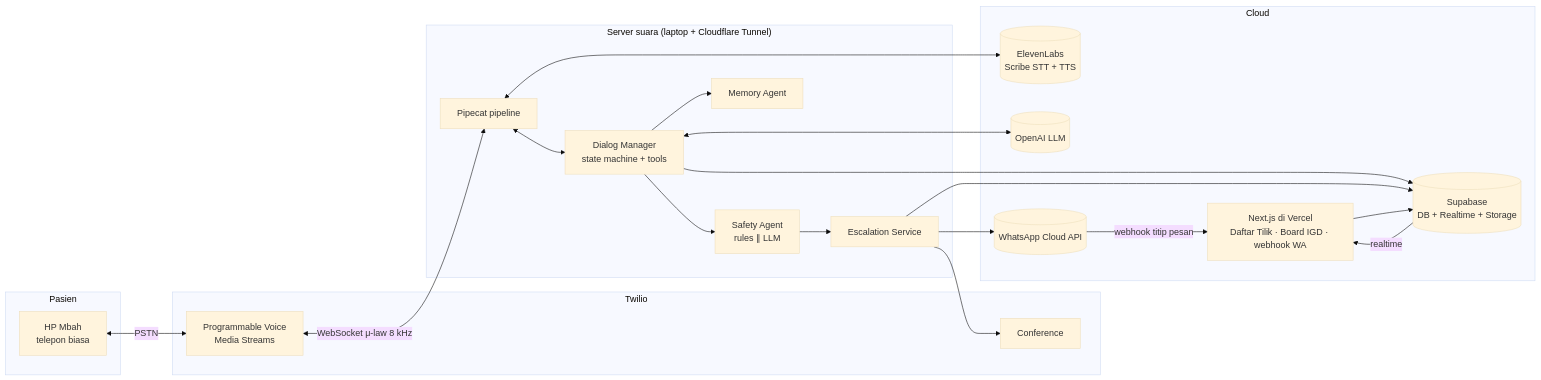
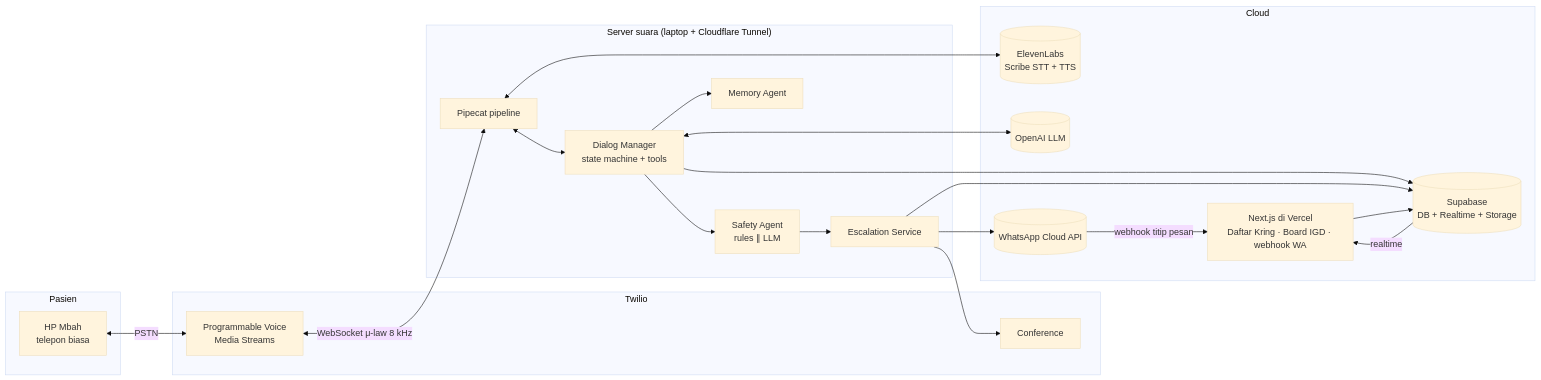
Before and after one commit to raphaeladikara/Joints-UGM_IRIS-Heisenberg: the first of 4 diagrams in docs/stage-0/03_ARSITEKTUR_TEKNIS.md, drawn with Mermaid (base theme). The commit also changed other lines of this file and 29 other files, not shown here.

````diff
--- a/docs/stage-0/03_ARSITEKTUR_TEKNIS.md
+++ b/docs/stage-0/03_ARSITEKTUR_TEKNIS.md
@@ -31,38 +63,38 @@
 ```mermaid
 flowchart LR
   subgraph Pasien
     HP[HP Mbah<br/>telepon biasa]
   end
   subgraph Twilio
     TV[Programmable Voice<br/>Media Streams]
     TC[Conference]
   end
   subgraph Laptop["Server suara (laptop + Cloudflare Tunnel)"]
     PC[Pipecat pipeline]
     DM[Dialog Manager<br/>state machine + tools]
     SA[Safety Agent<br/>rules ∥ LLM]
     MA[Memory Agent]
     ES[Escalation Service]
   end
   subgraph Cloud
     EL[(ElevenLabs<br/>Scribe STT + TTS)]
     OA[(OpenAI LLM)]
     SB[(Supabase<br/>DB + Realtime + Storage)]
     WA[(WhatsApp Cloud API)]
-    VC[Next.js di Vercel<br/>Daftar Tilik · Board IGD · webhook WA]
+    VC[Next.js di Vercel<br/>Daftar Kring · Board IGD · webhook WA]
   end
   HP <-->|PSTN| TV
   TV <-->|WebSocket μ-law 8 kHz| PC
   PC <--> EL
   PC <--> DM
   DM <--> OA
   DM --> SA
   DM --> MA
   SA --> ES
   ES --> TC
   ES --> WA
   DM --> SB
   ES --> SB
   SB -->|realtime| VC
   WA -->|webhook titip pesan| VC --> SB
 ```
````
